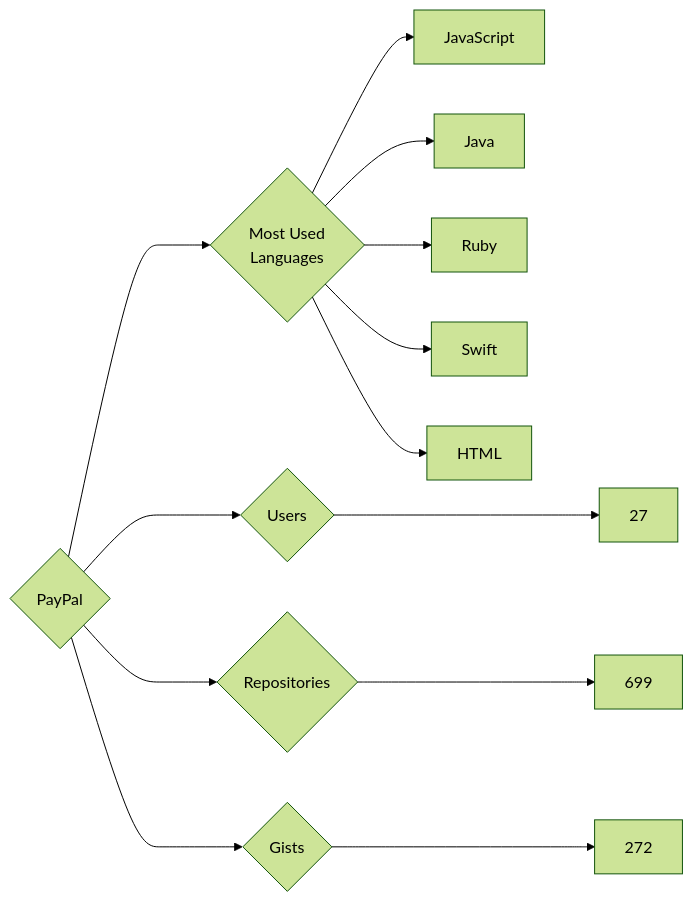
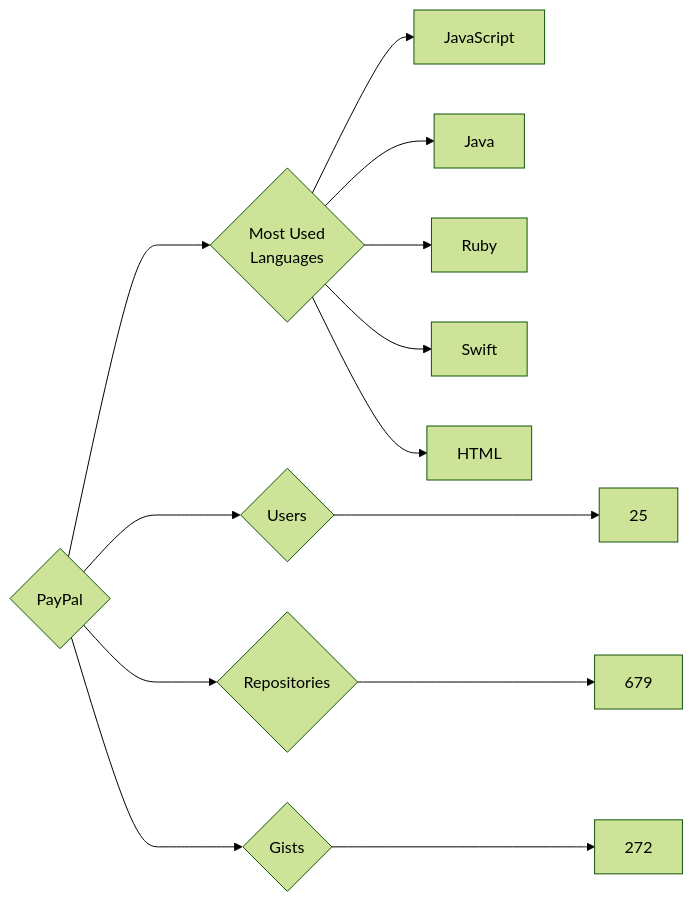
One commit to trickest/insiders changed the diagram in targets/PayPal/README.md. Above: the diagram before and after it, drawn with Mermaid (forest theme). The commit also changed 1248 other files, not shown here.

````diff
--- a/targets/PayPal/README.md
+++ b/targets/PayPal/README.md
@@ -3,13 +3,13 @@
 ```mermaid
 graph LR
 COMPANY_NAME{PayPal}
-COMPANY_NAME ---> U{Users} ---> UN[27]
-COMPANY_NAME ---> R{Repositories} ---> RN[699]
+COMPANY_NAME ---> U{Users} ---> UN[25]
+COMPANY_NAME ---> R{Repositories} ---> RN[679]
 COMPANY_NAME ---> G{Gists} ---> GN[272]
 COMPANY_NAME ---> ML{Most Used<br>Languages}
 ML --> JavaScript[JavaScript]
 ML --> Java[Java]
 ML --> Ruby[Ruby]
 ML --> Swift[Swift]
 ML --> HTML[HTML]
 ```
````
